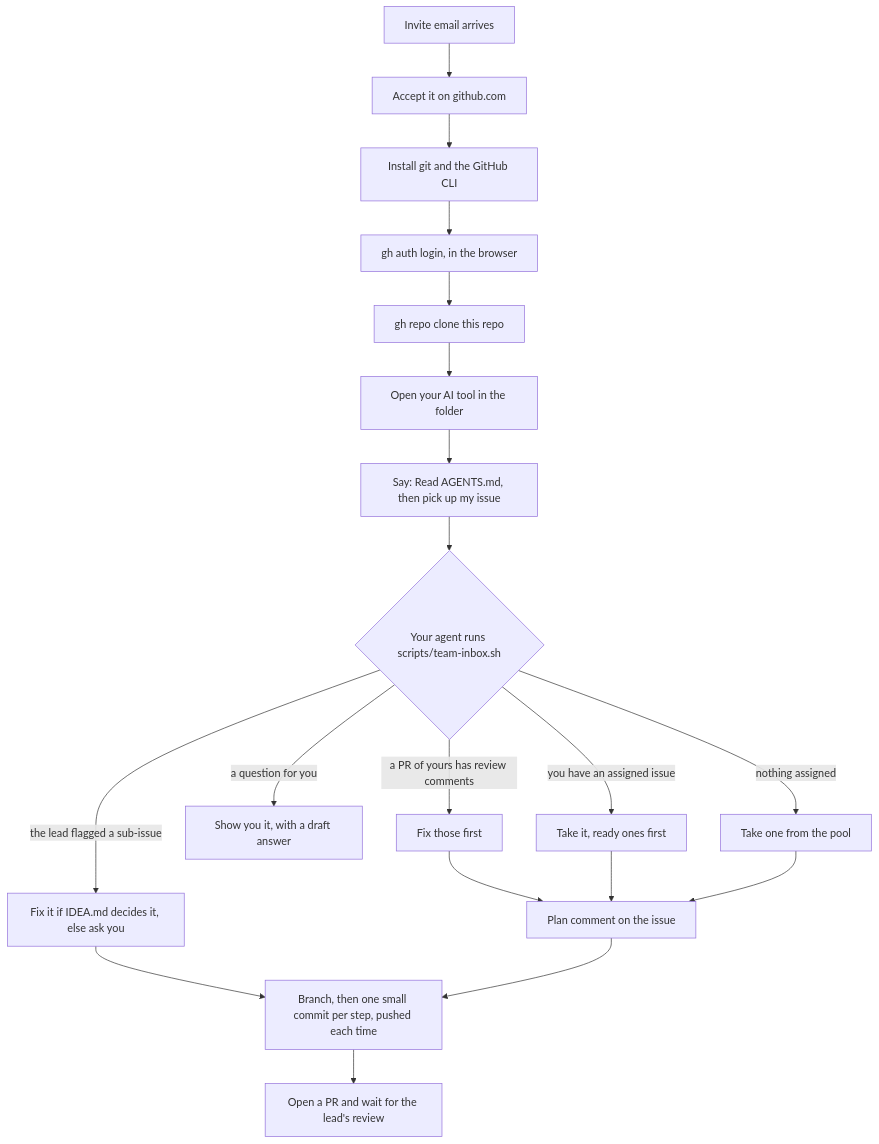
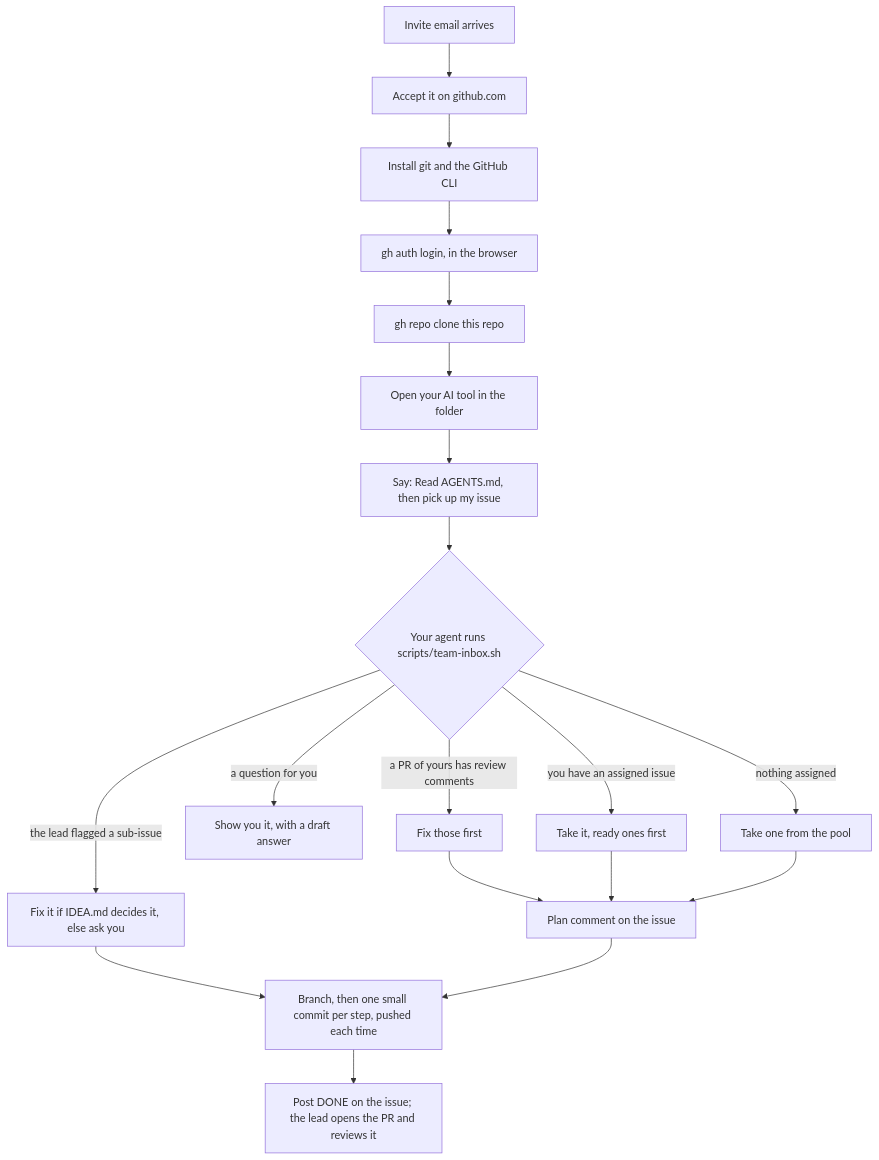
Before and after one commit to atiladeokegab/hackathon_teamwork: the third of 5 diagrams in README.md, drawn with Mermaid. The commit also changed other lines of this file and 4 other files, not shown here.

First line of the commit message:
feat: owners decide their vertical; agents post DONE and the lead opens the PR

````diff
--- a/README.md
+++ b/README.md
@@ -80,21 +80,21 @@
 ```mermaid
 flowchart TB
     A["Invite email arrives"] --> B["Accept it on github.com"]
     B --> C["Install git and the GitHub CLI"]
     C --> D["gh auth login, in the browser"]
     D --> E["gh repo clone this repo"]
     E --> F["Open your AI tool in the folder"]
     F --> G["Say: Read AGENTS.md, then pick up my issue"]
     G --> H{"Your agent runs scripts/team-inbox.sh"}
     H -- "a PR of yours has review comments" --> I["Fix those first"]
     H -- "the lead flagged a sub-issue" --> FL["Fix it if IDEA.md decides it, else ask you"]
     H -- "a question for you" --> Q["Show you it, with a draft answer"]
     H -- "you have an assigned issue" --> J["Take it, ready ones first"]
     H -- "nothing assigned" --> K["Take one from the pool"]
     I --> L["Plan comment on the issue"]
     J --> L
     K --> L
     FL --> M
     L --> M["Branch, then one small commit per step, pushed each time"]
-    M --> N["Open a PR and wait for the lead's review"]
+    M --> N["Post DONE on the issue; the lead opens the PR and reviews it"]
 ```
````
